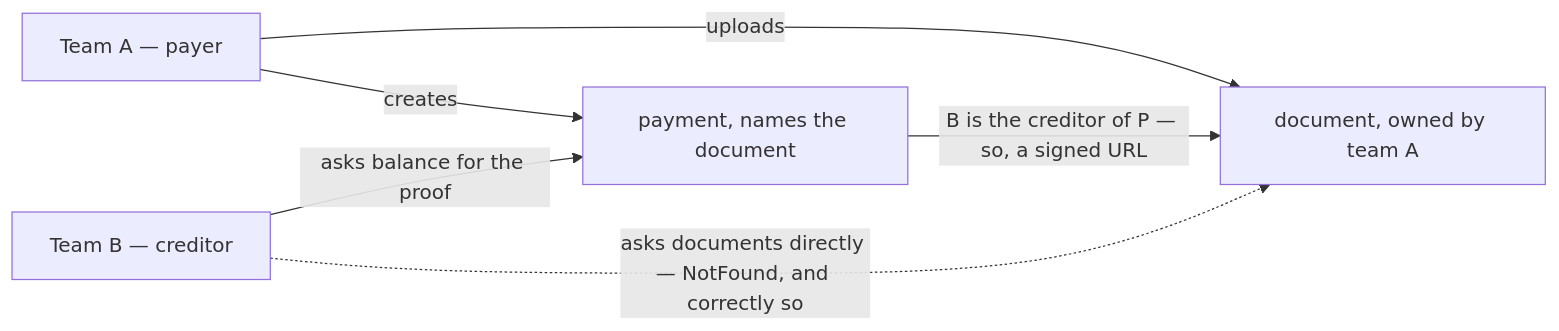
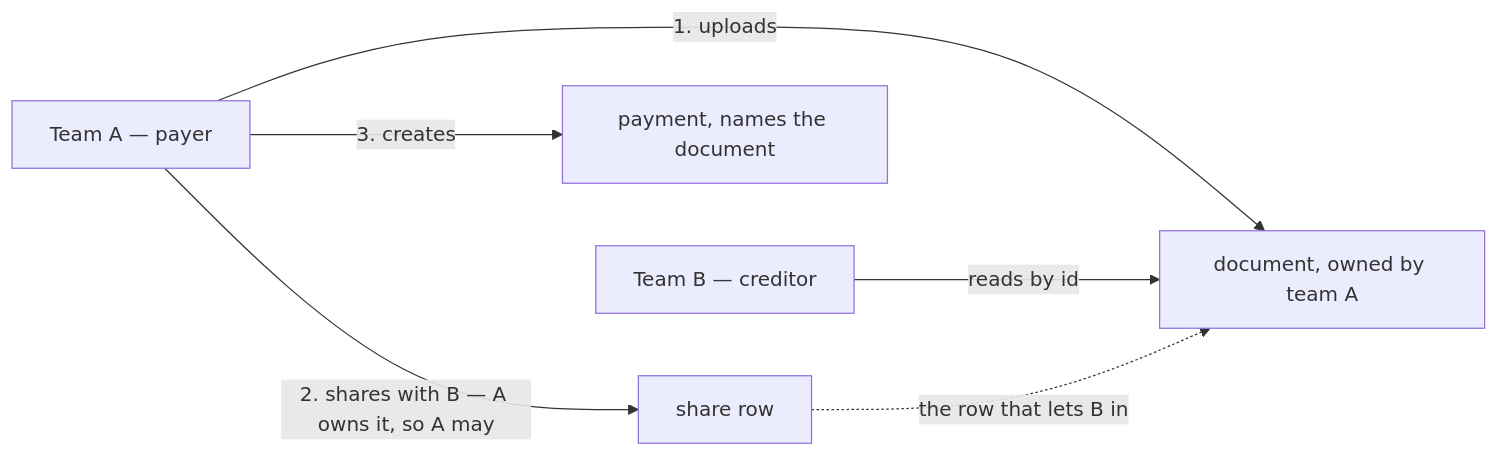
Before and after one commit to pdcgo/warehouse_revamp: the second of 6 diagrams in docs/business/balance/context_clarify.md, drawn with Mermaid. The commit also changed other lines of this file and 4 other files, not shown here.

````diff
--- a/docs/business/balance/context_clarify.md
+++ b/docs/business/balance/context_clarify.md
@@ -408,8 +409,8 @@
 ```mermaid
 flowchart LR
-  A["Team A — payer"] -->|"uploads"| D["document, owned by team A"]
-  A -->|"creates"| P["payment, names the document"]
-  B["Team B — creditor"] -->|"asks balance for the proof"| P
-  P -->|"B is the creditor of P — so, a signed URL"| D
-  B -.->|"asks documents directly — NotFound, and correctly so"| D
+  A["Team A — payer"] -->|"1. uploads"| D["document, owned by team A"]
+  A -->|"2. shares with B — A owns it, so A may"| S["share row"]
+  A -->|"3. creates"| P["payment, names the document"]
+  B["Team B — creditor"] -->|"reads by id"| D
+  S -.->|"the row that lets B in"| D
 ```
````
